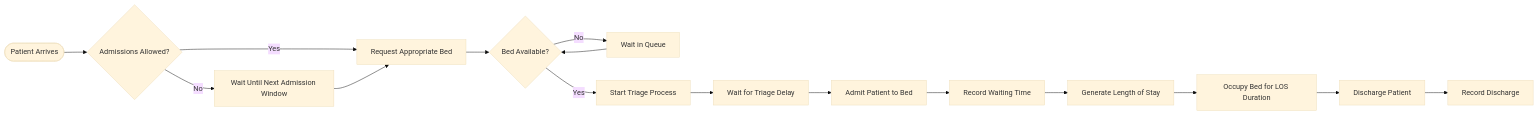
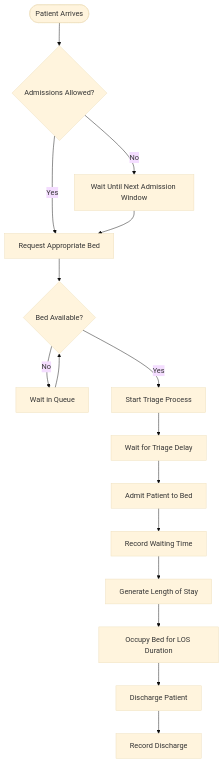
One commit to hanbedrijfskunde/des-intermediate-care changed the diagram in README.md. Above: the diagram before and after it, drawn with Mermaid (base theme).

Commit message:
Changed Mermaid chart direction

````diff
--- a/README.md
+++ b/README.md
@@ -34,21 +34,21 @@
 ```mermaid
-flowchart LR
+flowchart TD
     StartPatient([Patient Arrives]) --> CheckAdm{Admissions Allowed?}
         CheckAdm -- Yes --> RequestBed[Request Appropriate Bed]
         CheckAdm -- No --> WaitAdm[Wait Until Next Admission Window]
         WaitAdm --> RequestBed
 
         RequestBed --> BedAvail{Bed Available?}
         BedAvail -- No --> WaitQueue[Wait in Queue]
         WaitQueue --> BedAvail
 
         BedAvail -- Yes --> StartTriage[Start Triage Process]
         StartTriage --> WaitTriage[Wait for Triage Delay]
         WaitTriage --> Admit[Admit Patient to Bed]
 
         Admit --> RecordWait[Record Waiting Time]
         RecordWait --> GenLOS[Generate Length of Stay]
         GenLOS --> OccupyBed[Occupy Bed for LOS Duration]
         OccupyBed --> Discharge[Discharge Patient]
         Discharge --> RecordDisch[Record Discharge]
 ```
````
